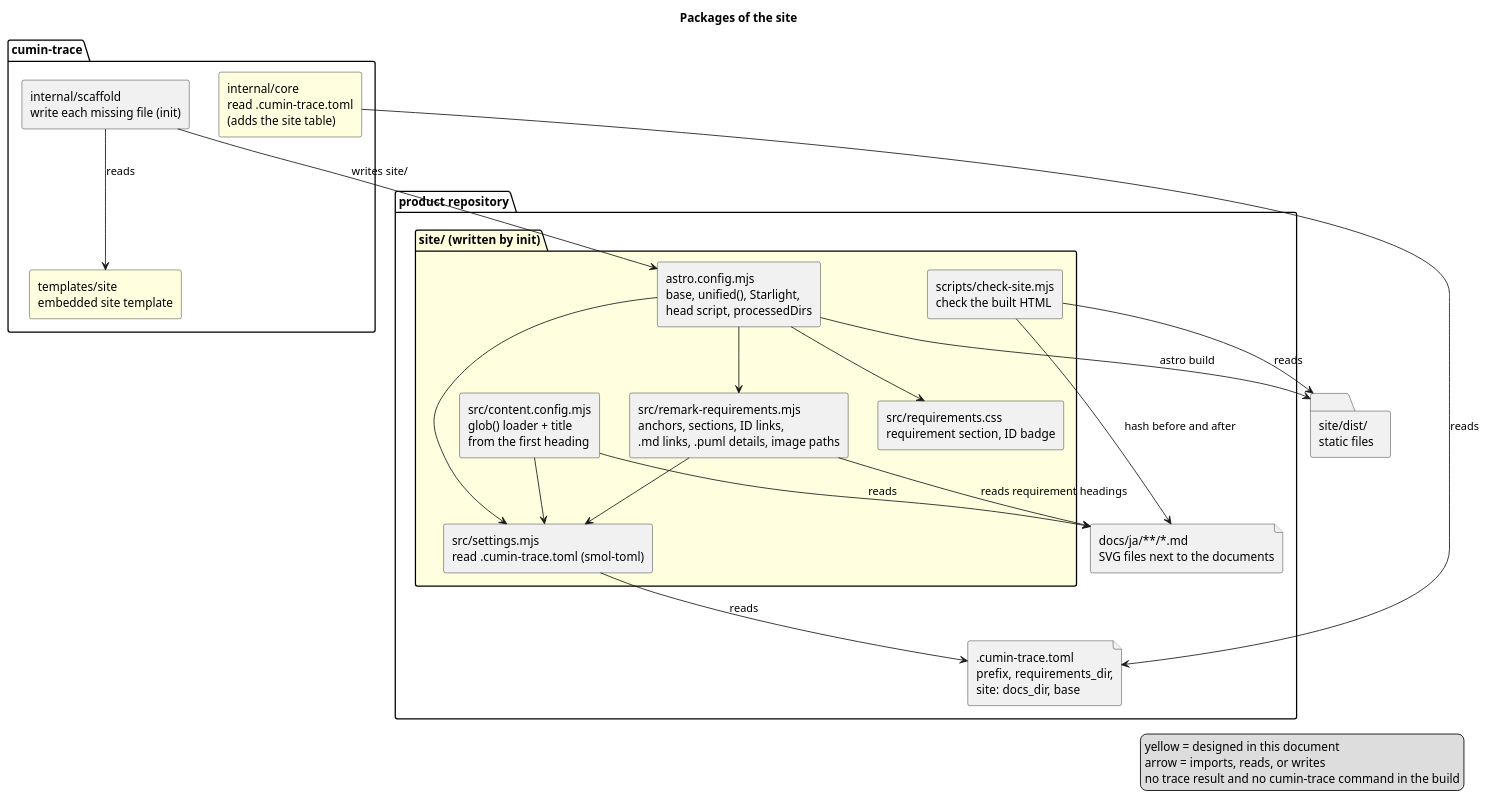
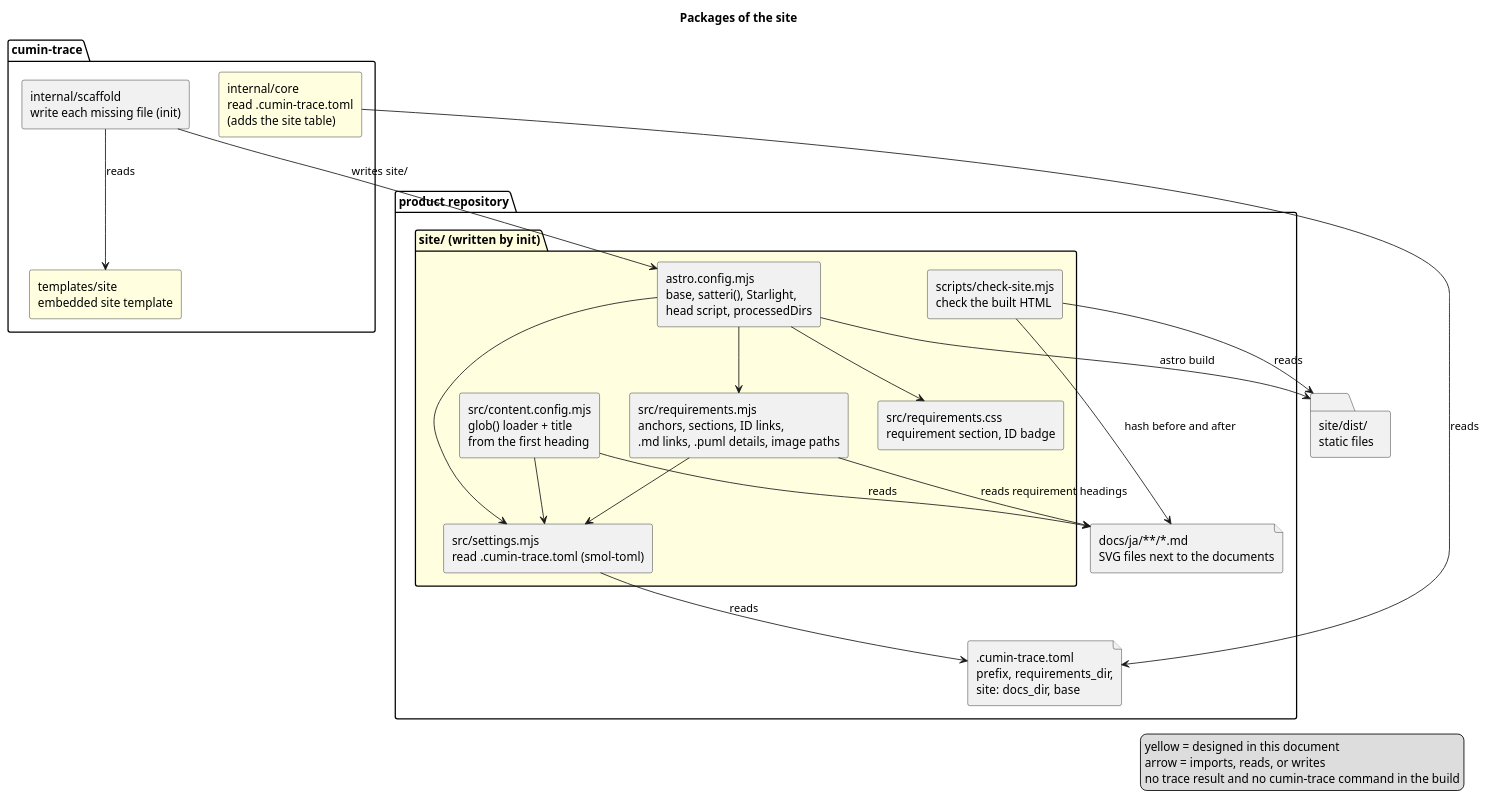
Before and after one commit to cloveclovedev/cumin-trace: the diagram in docs/ja/designs/site/site-packages.puml, drawn with PlantUML. The commit also changed 15 other files, not shown here.

```diff
--- a/docs/ja/designs/site/site-packages.puml
+++ b/docs/ja/designs/site/site-packages.puml
@@ -1,47 +1,47 @@
 @startuml site-packages
 title Packages of the site
 skinparam shadowing false
 skinparam componentStyle rectangle
 
 package "cumin-trace" {
   [internal/scaffold\nwrite each missing file (init)] as scaffold
   [internal/core\nread .cumin-trace.toml\n(adds the site table)] as core #LightYellow
   [templates/site\nembedded site template] as tsite #LightYellow
 }
 
 package "product repository" {
   file ".cumin-trace.toml\nprefix, requirements_dir,\nsite: docs_dir, base" as toml
   file "docs/ja/**/*.md\nSVG files next to the documents" as docs
   package "site/ (written by init)" #LightYellow {
-    [astro.config.mjs\nbase, unified(), Starlight,\nhead script, processedDirs] as config
+    [astro.config.mjs\nbase, satteri(), Starlight,\nhead script, processedDirs] as config
     [src/settings.mjs\nread .cumin-trace.toml (smol-toml)] as settings
     [src/content.config.mjs\nglob() loader + title\nfrom the first heading] as loader
-    [src/remark-requirements.mjs\nanchors, sections, ID links,\n.md links, .puml details, image paths] as remark
+    [src/requirements.mjs\nanchors, sections, ID links,\n.md links, .puml details, image paths] as remark
     [src/requirements.css\nrequirement section, ID badge] as css
     [scripts/check-site.mjs\ncheck the built HTML] as check
   }
 }
 
 folder "site/dist/\nstatic files" as dist
 
 scaffold --> tsite : reads
 scaffold --> config : writes site/
 core --> toml : reads
 config --> settings
 config --> remark
 config --> css
 loader --> settings
 remark --> settings
 settings --> toml : reads
 loader --> docs : reads
 remark --> docs : reads requirement headings
 config --> dist : astro build
 check --> dist : reads
 check --> docs : hash before and after
 
 legend right
   yellow = designed in this document
   arrow = imports, reads, or writes
   no trace result and no cumin-trace command in the build
 endlegend
 @enduml
```
